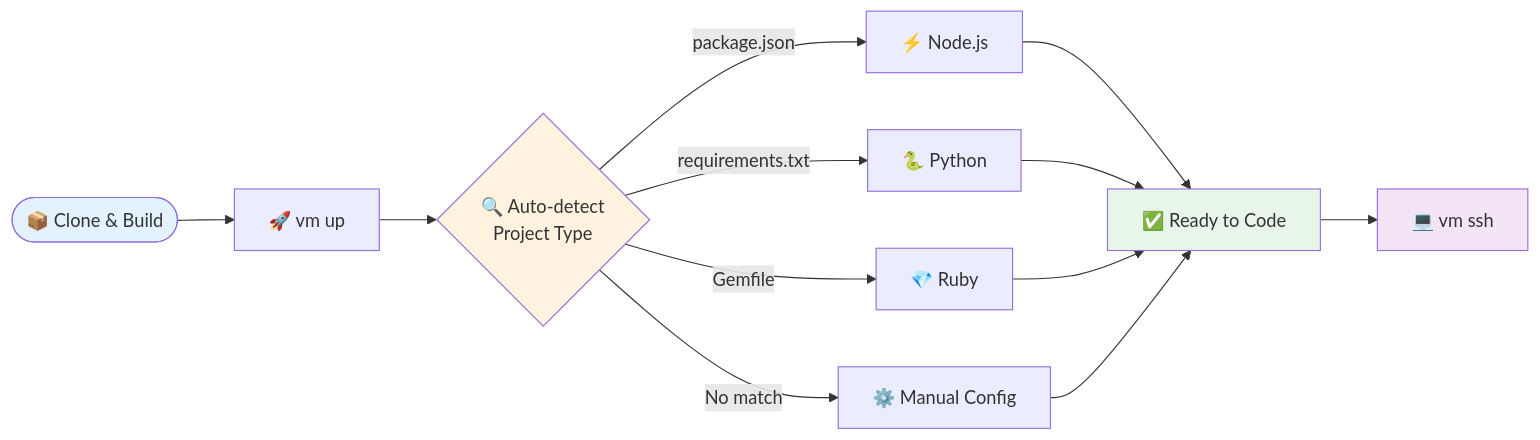
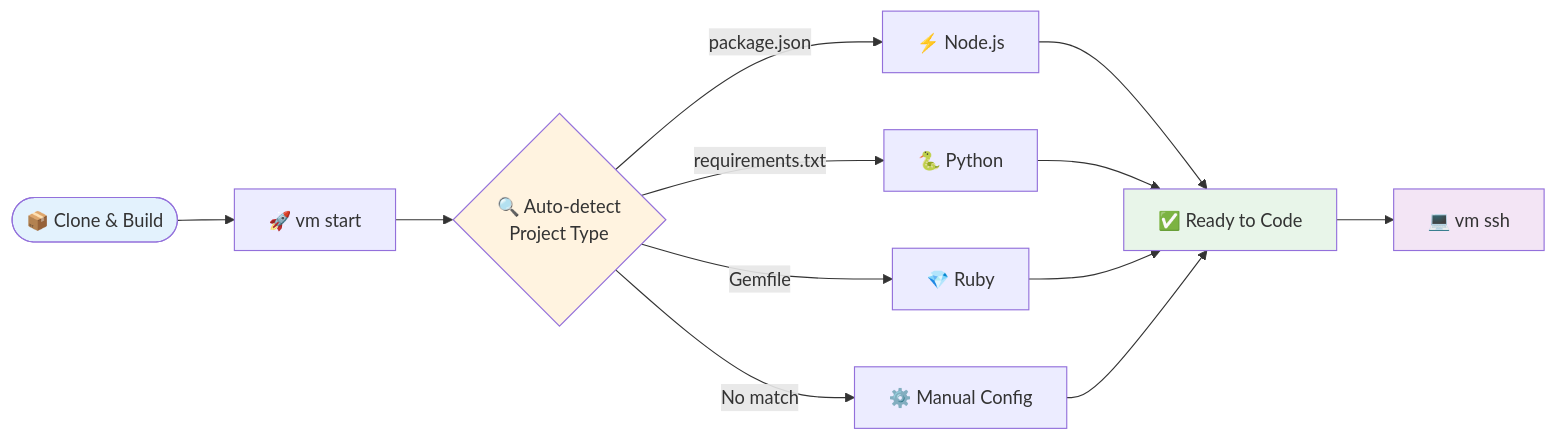
One commit to goobits/vm changed the diagram in docs/getting-started/quick-start.md. Above: the diagram before and after it, drawn with Mermaid. The commit also changed other lines of this file and 29 other files, not shown here.

````diff
--- a/docs/getting-started/quick-start.md
+++ b/docs/getting-started/quick-start.md
@@ -7,19 +7,19 @@
 ```mermaid
 flowchart LR
-    Start([📦 Clone & Build]) --> Create[🚀 vm up]
+    Start([📦 Clone & Build]) --> Create[🚀 vm start]
     Create --> Detect{🔍 Auto-detect<br/>Project Type}
     Detect -->|package.json| Node[⚡ Node.js]
     Detect -->|requirements.txt| Python[🐍 Python]
     Detect -->|Gemfile| Ruby[💎 Ruby]
     Detect -->|No match| Manual[⚙️ Manual Config]
     Node --> Ready[✅ Ready to Code]
     Python --> Ready
     Ruby --> Ready
     Manual --> Ready
     Ready --> SSH[💻 vm ssh]
 
     style Start fill:#e3f2fd
     style Ready fill:#e8f5e9
     style Detect fill:#fff3e0
     style SSH fill:#f3e5f5
 ```
````
